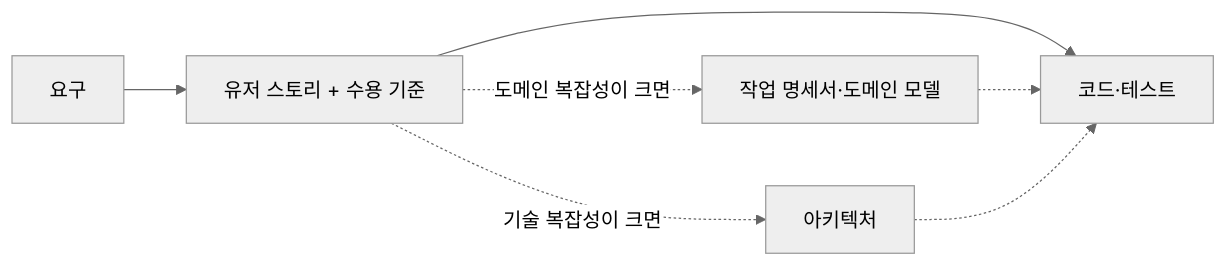
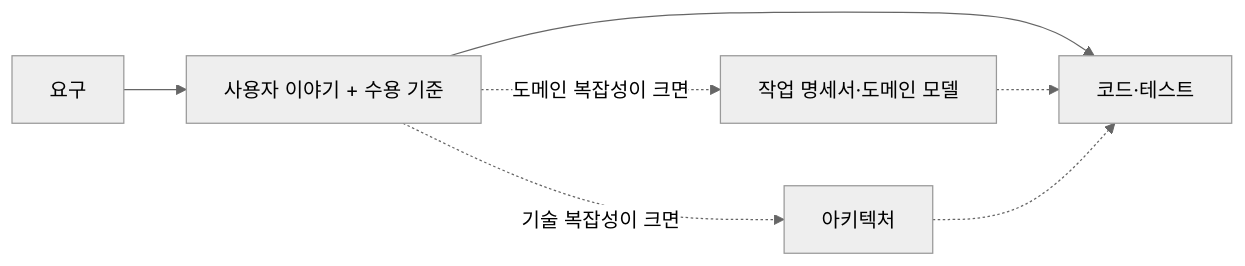
The second of 2 diagrams in courses/ai-native/sessions/s02.md (YoungSan77/TrainingMaterials), drawn with Mermaid (neutral theme) before and after one commit. The commit also changed other lines of this file and 161 other files, not shown here.

````diff
--- a/courses/ai-native/sessions/s02.md
+++ b/courses/ai-native/sessions/s02.md
@@ -299,6 +299,6 @@
 ```mermaid
 flowchart LR
-    R["요구"] --> S["유저 스토리 + 수용 기준"] --> C["코드·테스트"]
+    R["요구"] --> S["사용자 이야기 + 수용 기준"] --> C["코드·테스트"]
     S -. 도메인 복잡성이 크면 .-> M["작업 명세서·도메인 모델"] -.-> C
     S -. 기술 복잡성이 크면 .-> A["아키텍처"] -.-> C
 ```
````
